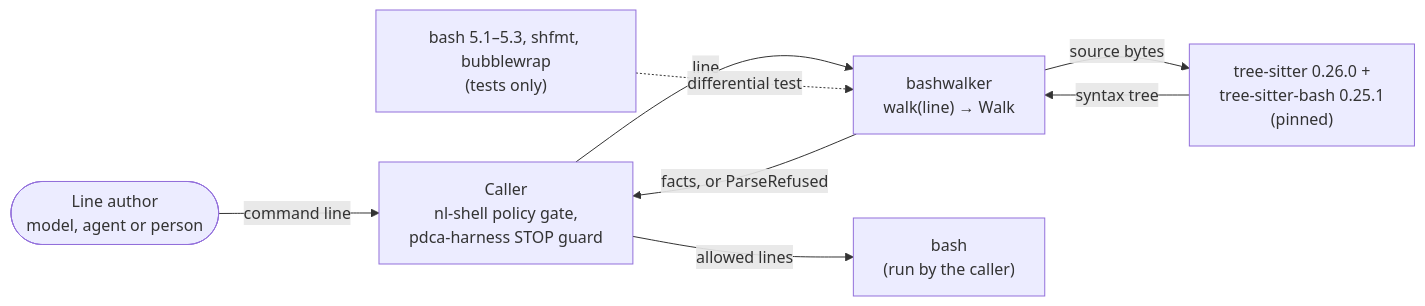
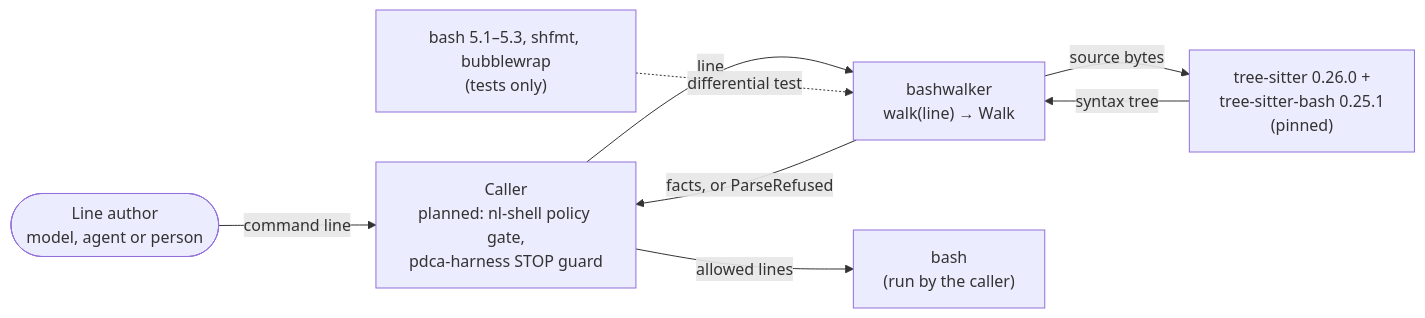
Before and after one commit to getwyrd/bashwalker: the diagram in docs/design/architecture/03-context-and-scope.md, drawn with Mermaid. The commit also changed 6 other files, not shown here.

````diff
--- a/docs/design/architecture/03-context-and-scope.md
+++ b/docs/design/architecture/03-context-and-scope.md
@@ -16,17 +16,17 @@
 ```mermaid
 graph LR
     author(["Line author<br/>model, agent or person"])
-    caller["Caller<br/>nl-shell policy gate,<br/>pdca-harness STOP guard"]
+    caller["Caller<br/>planned: nl-shell policy gate,<br/>pdca-harness STOP guard"]
     bw["bashwalker<br/>walk(line) → Walk"]
     ts["tree-sitter 0.26.0 +<br/>tree-sitter-bash 0.25.1<br/>(pinned)"]
     bash["bash<br/>(run by the caller)"]
     oracles["bash 5.1–5.3, shfmt, bubblewrap<br/>(tests only)"]
 
     author -->|"command line"| caller
     caller -->|"line"| bw
     bw -->|"source bytes"| ts
     ts -->|"syntax tree"| bw
     bw -->|"facts, or ParseRefused"| caller
     caller -->|"allowed lines"| bash
     oracles -. "differential test" .-> bw
 ```
````
